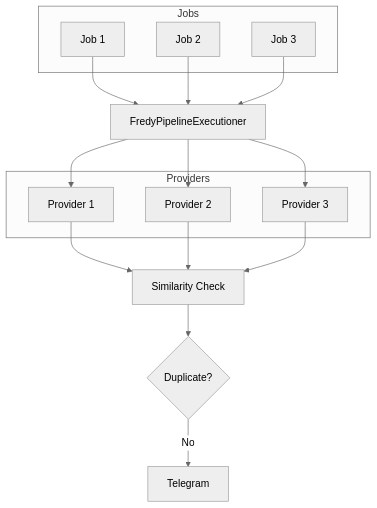
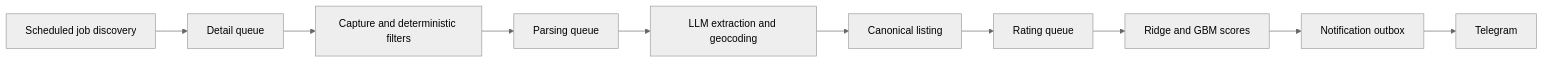
One commit to jhytabest/ShoberFredy changed the diagram in README.md. Above: the diagram before and after it, drawn with Mermaid (neutral theme). The commit also changed other lines of this file and 107 other files, not shown here.

Commit message:
refactor: consolidate durable pipeline schema

````diff
--- a/README.md
+++ b/README.md
@@ -417,22 +14,12 @@
 ```mermaid
-flowchart TD
- subgraph Jobs["Jobs"]
-        A1["Job 1"]
-        A2["Job 2"]
-        A3["Job 3"]
-  end
- subgraph Providers["Providers"]
-        C1["Provider 1"]
-        C2["Provider 2"]
-        C3["Provider 3"]
-  end
-    A1 --> B["FredyPipelineExecutioner"]
-    A2 --> B
-    A3 --> B
-    B --> C1 & C2 & C3
-    C1 --> D["Similarity Check"]
-    C2 --> D
-    C3 --> D
-    D --> E{"Duplicate?"}
-    E -- No --> F["Telegram"]
+flowchart LR
+  A["Scheduled job discovery"] --> B["Detail queue"]
+  B --> C["Capture and deterministic filters"]
+  C --> D["Parsing queue"]
+  D --> E["LLM extraction and geocoding"]
+  E --> F["Canonical listing"]
+  F --> G["Rating queue"]
+  G --> H["Ridge and GBM scores"]
+  H --> I["Notification outbox"]
+  I --> J["Telegram"]
 ```
````
